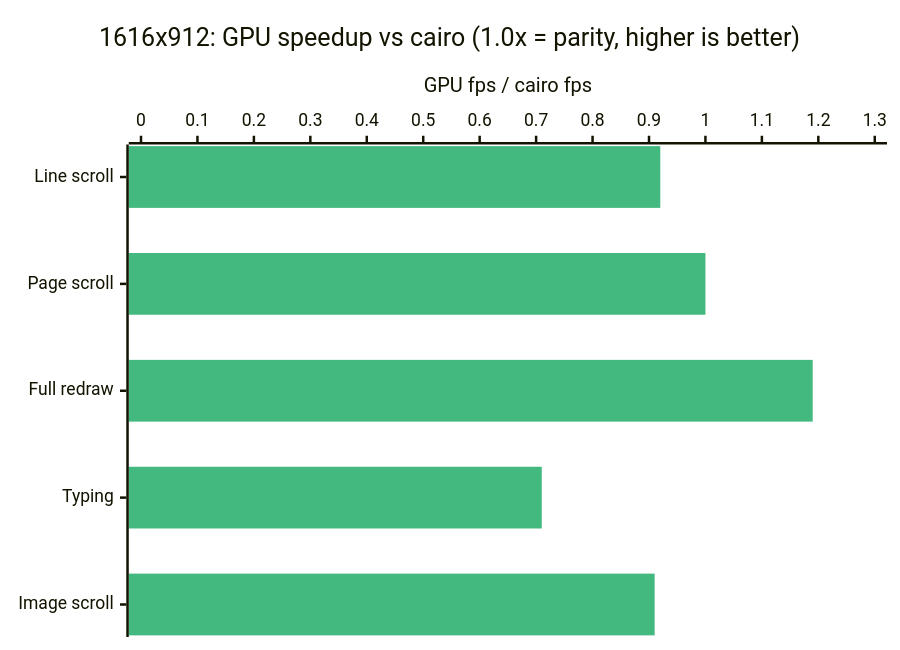
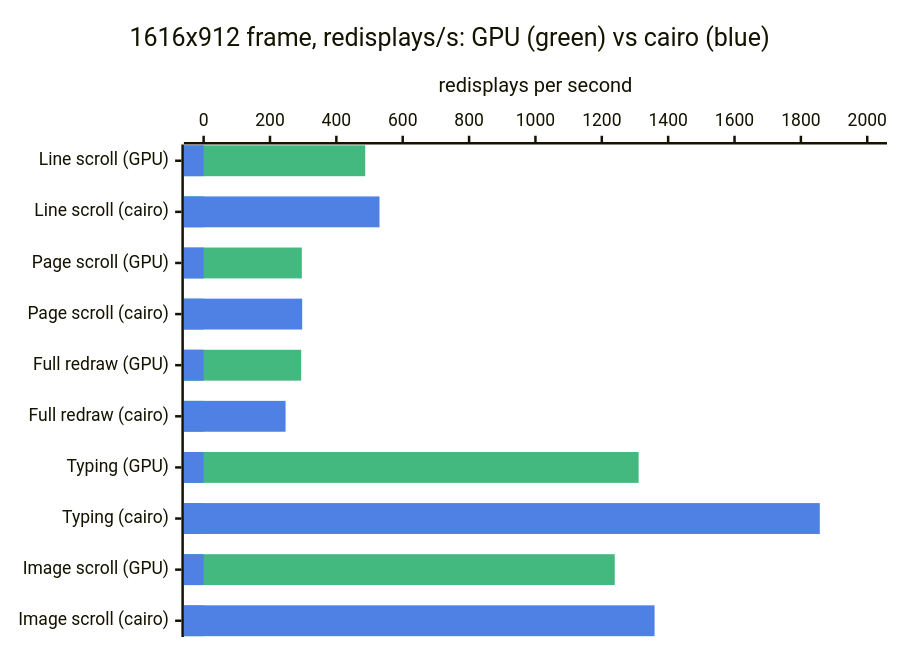
Before and after one commit to bobrowadam/emacs: the first of 3 diagrams in README.md, drawn with Mermaid. The commit also changed other lines of this file, not shown here.

Commit message:
README: paired GPU-vs-cairo fps bars per workload
Plot absolute redisplays/s as two colored bars per workload (GPU green,
cairo blue) so the per-feature contrast between the two backends is
visible at a glance. The macOS chart stays on CPU seconds.

````diff
--- a/README.md
+++ b/README.md
@@ -245,13 +245,14 @@
 ```mermaid
 ---
 config:
   themeVariables:
     xyChart:
-      plotColorPalette: "#43b97f"
+      plotColorPalette: "#43b97f, #4f81e5"
 ---
 xychart-beta horizontal
-    title "1616x912: GPU speedup vs cairo (1.0x = parity, higher is better)"
-    x-axis ["Line scroll", "Page scroll", "Full redraw", "Typing", "Image scroll"]
-    y-axis "GPU fps / cairo fps" 0 --> 1.3
-    bar [0.92, 1.00, 1.19, 0.71, 0.91]
+    title "1616x912 frame, redisplays/s: GPU (green) vs cairo (blue)"
+    x-axis ["Line scroll (GPU)", "Line scroll (cairo)", "Page scroll (GPU)", "Page scroll (cairo)", "Full redraw (GPU)", "Full redraw (cairo)", "Typing (GPU)", "Typing (cairo)", "Image scroll (GPU)", "Image scroll (cairo)"]
+    y-axis "redisplays per second" 0 --> 2000
+    bar [487, 0, 296, 0, 294, 0, 1311, 0, 1239, 0]
+    bar [0, 530, 0, 297, 0, 247, 0, 1857, 0, 1359]
 ```
````
